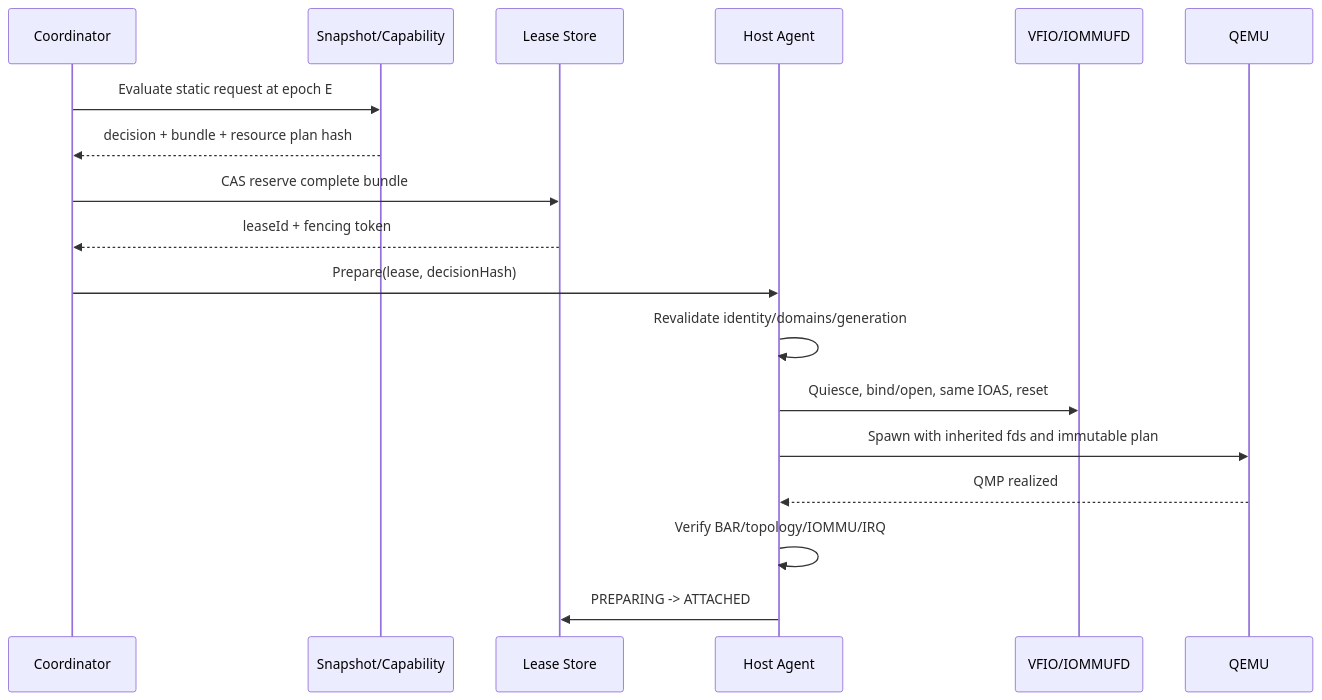
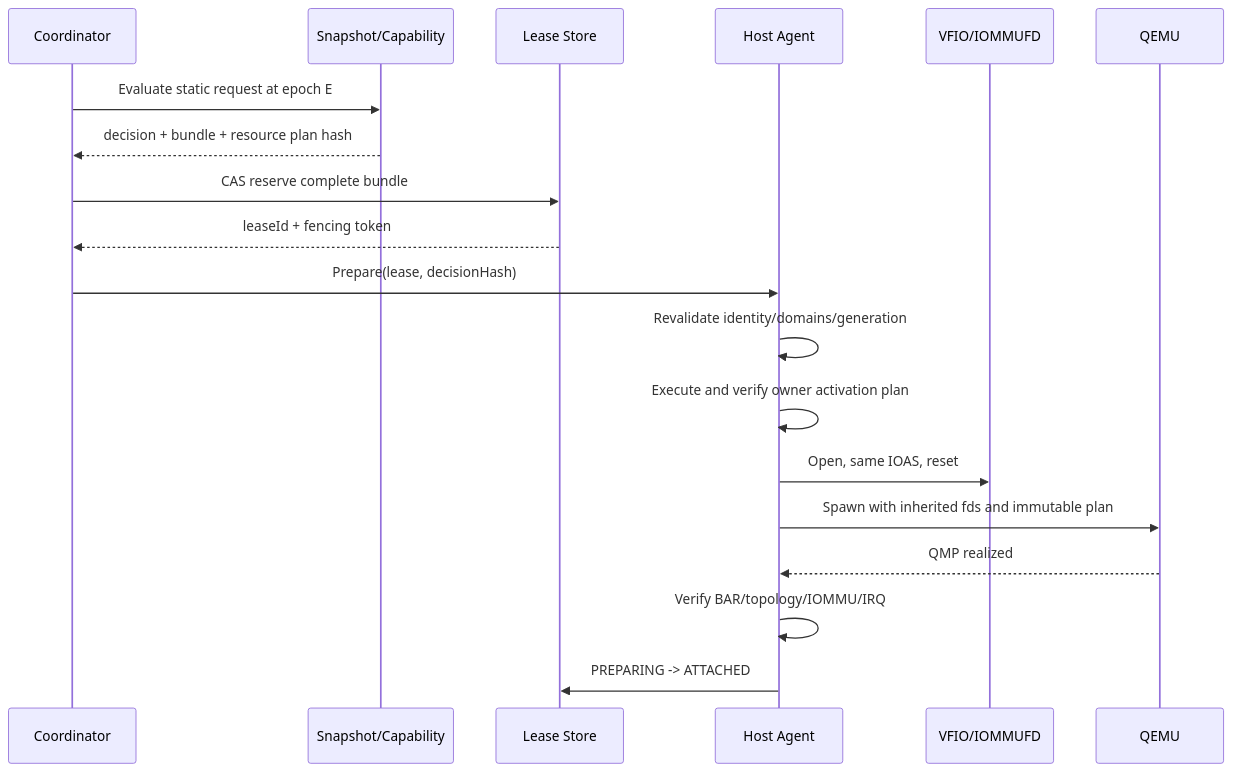
Diagram 11 of 17 in qemu-static-dynamic-directpath-design.md (JoJoJoinme/pci-mmio-notes), drawn with Mermaid before and after one commit. The commit also changed other lines of this file and 10 other files, not shown here.

Commit message:
design: model DirectPath owner activation and reboot

````diff
--- a/qemu-static-dynamic-directpath-design.md
+++ b/qemu-static-dynamic-directpath-design.md
@@ -1415,21 +1568,22 @@
 ```mermaid
 sequenceDiagram
     participant C as Coordinator
     participant S as Snapshot/Capability
     participant L as Lease Store
     participant H as Host Agent
     participant V as VFIO/IOMMUFD
     participant Q as QEMU
 
     C->>S: Evaluate static request at epoch E
     S-->>C: decision + bundle + resource plan hash
     C->>L: CAS reserve complete bundle
     L-->>C: leaseId + fencing token
     C->>H: Prepare(lease, decisionHash)
     H->>H: Revalidate identity/domains/generation
-    H->>V: Quiesce, bind/open, same IOAS, reset
+    H->>H: Execute and verify owner activation plan
+    H->>V: Open, same IOAS, reset
     H->>Q: Spawn with inherited fds and immutable plan
     Q-->>H: QMP realized
     H->>H: Verify BAR/topology/IOMMU/IRQ
     H->>L: PREPARING -> ATTACHED
 ```
````
